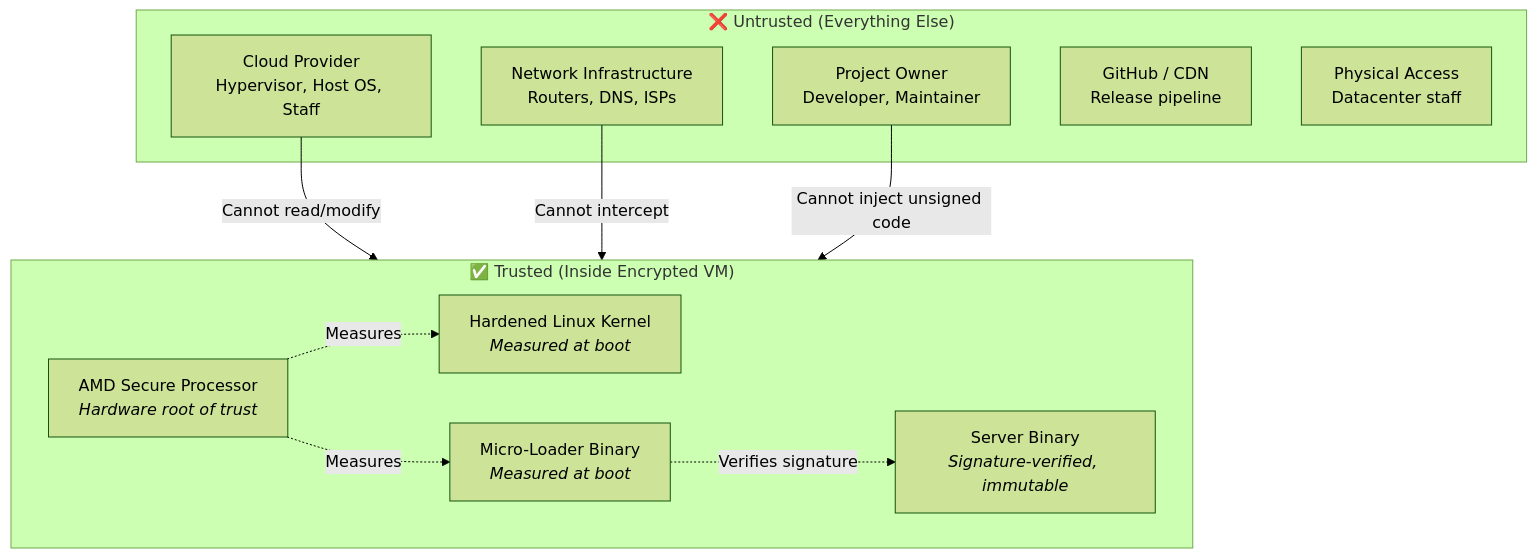
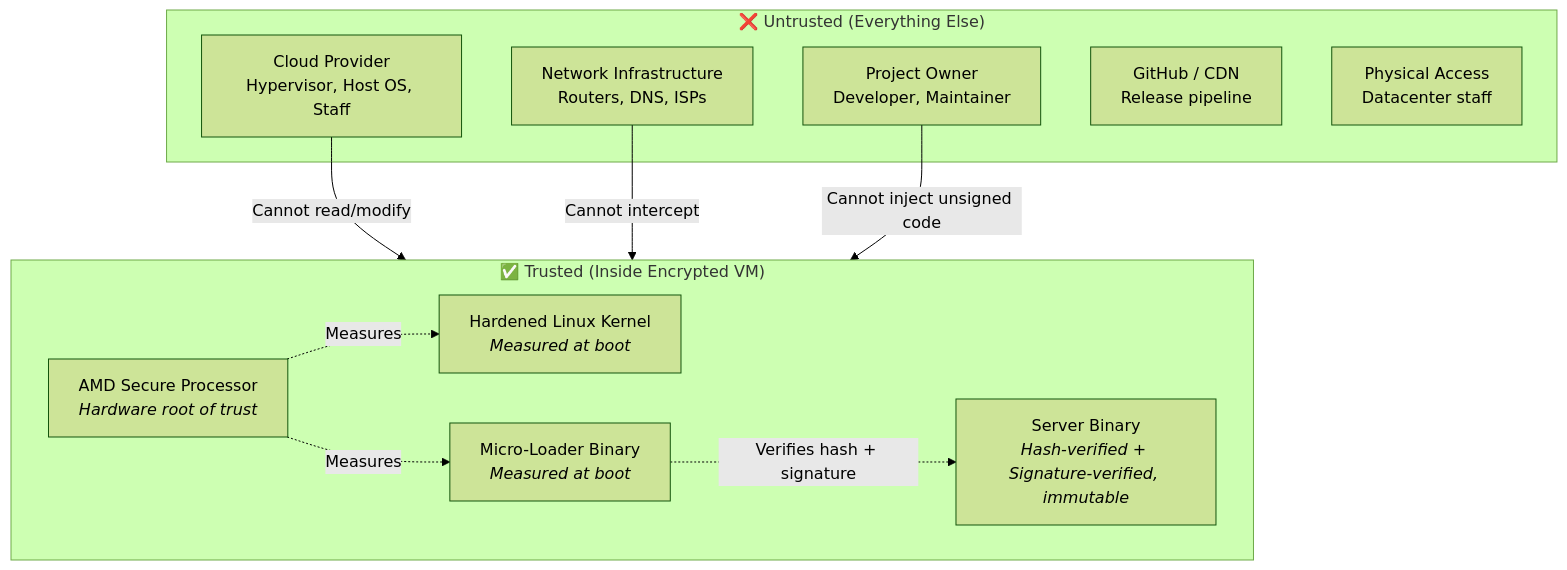
Before and after one commit to deadrouter-ai/sev-micro-loader: the diagram in docs/threat_model.md, drawn with Mermaid (forest theme). The commit also changed other lines of this file and 9 other files, not shown here.

````diff
--- a/docs/threat_model.md
+++ b/docs/threat_model.md
@@ -7,22 +7,22 @@
 ```mermaid
 flowchart TB
     subgraph TRUSTED["✅ Trusted (Inside Encrypted VM)"]
         AMD["AMD Secure Processor<br/><i>Hardware root of trust</i>"]
         KERNEL["Hardened Linux Kernel<br/><i>Measured at boot</i>"]
         LOADER["Micro-Loader Binary<br/><i>Measured at boot</i>"]
-        SERVER["Server Binary<br/><i>Signature-verified, immutable</i>"]
+        SERVER["Server Binary<br/><i>Hash-verified + Signature-verified, immutable</i>"]
     end
     subgraph UNTRUSTED["❌ Untrusted (Everything Else)"]
         CLOUD["Cloud Provider<br/>Hypervisor, Host OS, Staff"]
         NET["Network Infrastructure<br/>Routers, DNS, ISPs"]
         OWNER["Project Owner<br/>Developer, Maintainer"]
         GH["GitHub / CDN<br/>Release pipeline"]
         PHYS["Physical Access<br/>Datacenter staff"]
     end
     AMD -.->|"Measures"| KERNEL
     AMD -.->|"Measures"| LOADER
-    LOADER -.->|"Verifies signature"| SERVER
+    LOADER -.->|"Verifies hash + signature"| SERVER
     CLOUD -->|"Cannot read/modify"| TRUSTED
     NET -->|"Cannot intercept"| TRUSTED
     OWNER -->|"Cannot inject unsigned code"| TRUSTED
 ```
````
